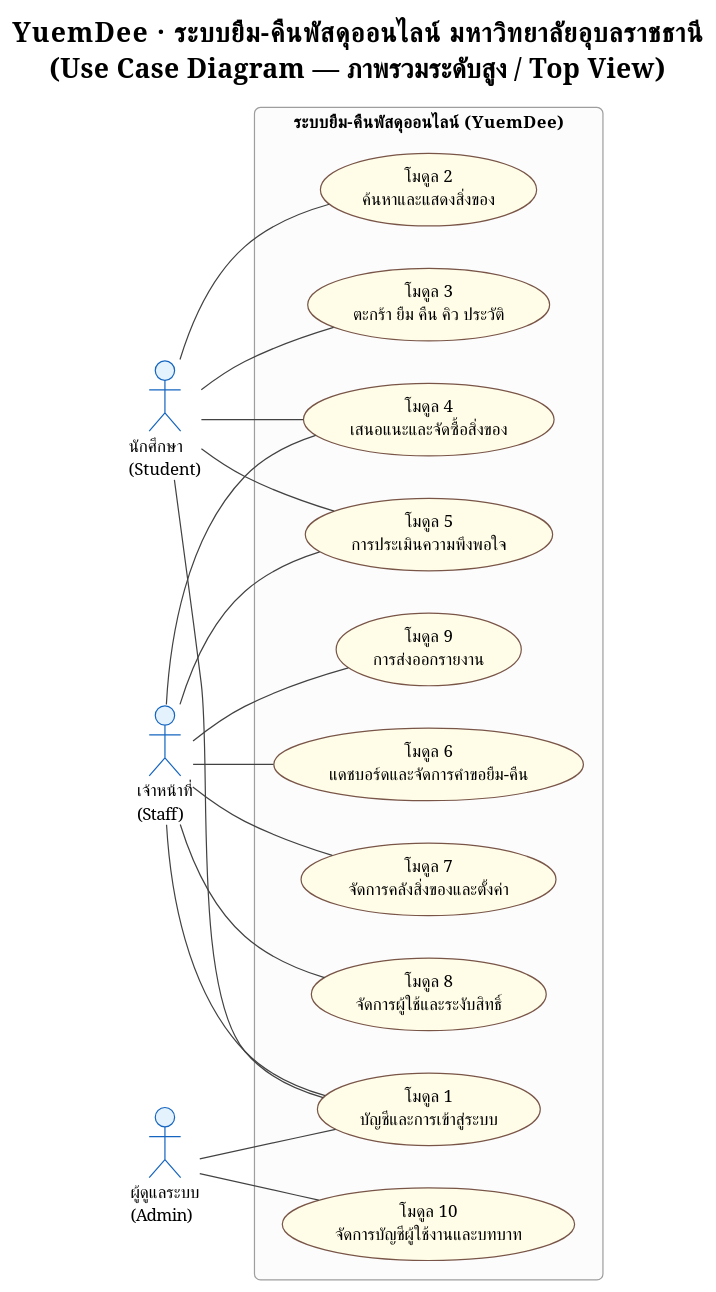
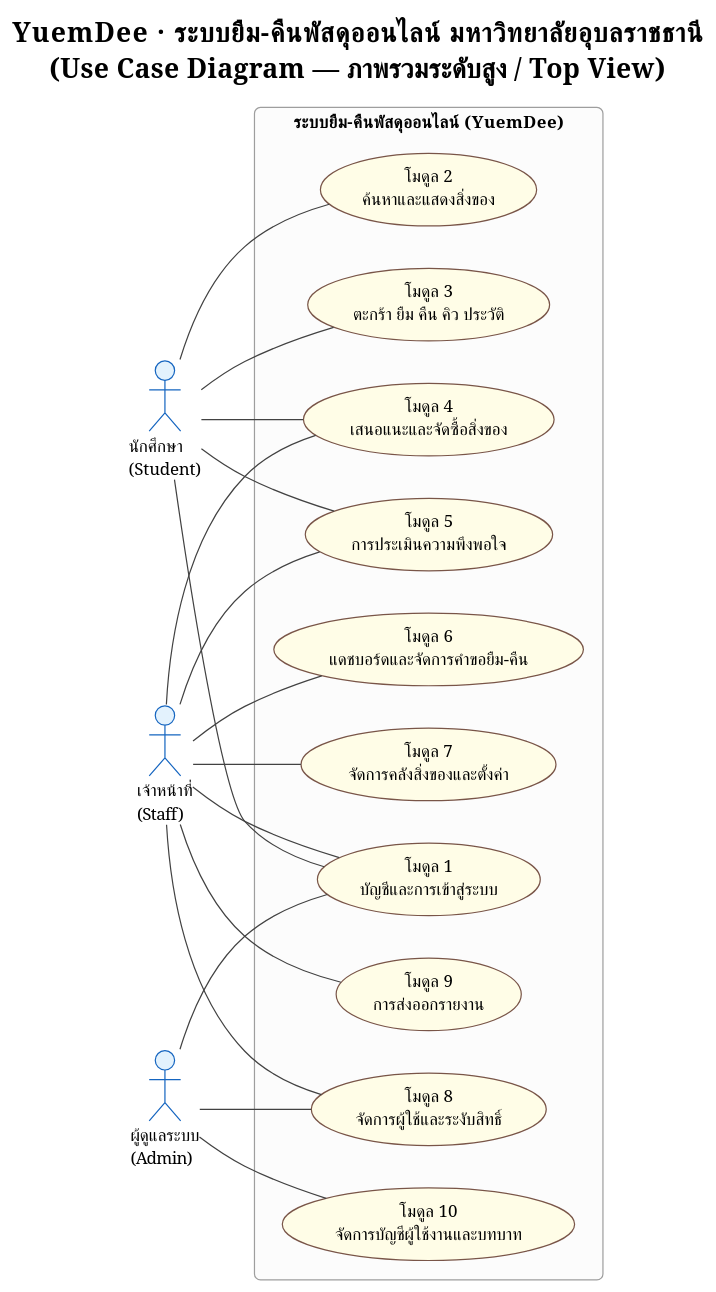
Before and after one commit to patlnwza-007/project-2569: the diagram in docs/proposal/usecase/usecase_overview.puml, drawn with PlantUML. The commit also changed 113 other files, not shown here.

Commit message:
Update use case, ERD and mockup; remove old page mappings before Django rebuild

```diff
--- a/docs/proposal/usecase/usecase_overview.puml
+++ b/docs/proposal/usecase/usecase_overview.puml
@@ -1,64 +1,64 @@
 @startuml usecase_overview
 !theme plain
 skinparam defaultFontName TH Sarabun New
 skinparam defaultFontSize 14
 skinparam roundcorner 10
 
 skinparam usecase {
   BackgroundColor #FFFDE7
   BorderColor #795548
 }
 skinparam actor {
   BackgroundColor #E3F2FD
   BorderColor #1565C0
 }
 skinparam rectangle {
   BackgroundColor #FCFCFC
   BorderColor #9E9E9E
 }
 skinparam ArrowColor #424242
 
 title <b>YuemDee · ระบบยืม-คืนพัสดุออนไลน์ มหาวิทยาลัยอุบลราชธานี</b>\n(Use Case Diagram — ภาพรวมระดับสูง / Top View)
 
 left to right direction
 
 actor "นักศึกษา\n(Student)" as Student
 actor "เจ้าหน้าที่\n(Staff)" as Staff
 actor "ผู้ดูแลระบบ\n(Admin)" as Admin
 
 rectangle "ระบบยืม-คืนพัสดุออนไลน์ (YuemDee)" {
   usecase "โมดูล 1\nบัญชีและการเข้าสู่ระบบ" as M1
   usecase "โมดูล 2\nค้นหาและแสดงสิ่งของ" as M2
   usecase "โมดูล 3\nตะกร้า ยืม คืน คิว ประวัติ" as M3
   usecase "โมดูล 4\nเสนอแนะและจัดซื้อสิ่งของ" as M4
   usecase "โมดูล 5\nการประเมินความพึงพอใจ" as M5
   usecase "โมดูล 6\nแดชบอร์ดและจัดการคำขอยืม-คืน" as M6
   usecase "โมดูล 7\nจัดการคลังสิ่งของและตั้งค่า" as M7
   usecase "โมดูล 8\nจัดการผู้ใช้และระงับสิทธิ์" as M8
   usecase "โมดูล 9\nการส่งออกรายงาน" as M9
   usecase "โมดูล 10\nจัดการบัญชีผู้ใช้งานและบทบาท" as M10
 }
 
-' ===== ความสัมพันธ์ actor–use case (เส้นธรรมดา) =====
-' หมายเหตุ: Staff และ Admin เชื่อมกับ M1 ด้วย เพราะ UC-15 (เข้าสู่ระบบ) ใช้ร่วมกันทุกบทบาท
+' หมายเหตุ: Student, Staff และ Admin เชื่อมกับ M1 ผ่าน UC-15 (Dual Authentication)
 Student -- M1
 Staff -- M1
 Admin -- M1
 
 Student -- M2
 Student -- M3
 
 Student -- M4
 Staff -- M4
 
 Student -- M5
 Staff -- M5
 
 Staff -- M6
 Staff -- M7
 Staff -- M8
 Staff -- M9
 
+Admin -- M8
 Admin -- M10
 
 @enduml
```
